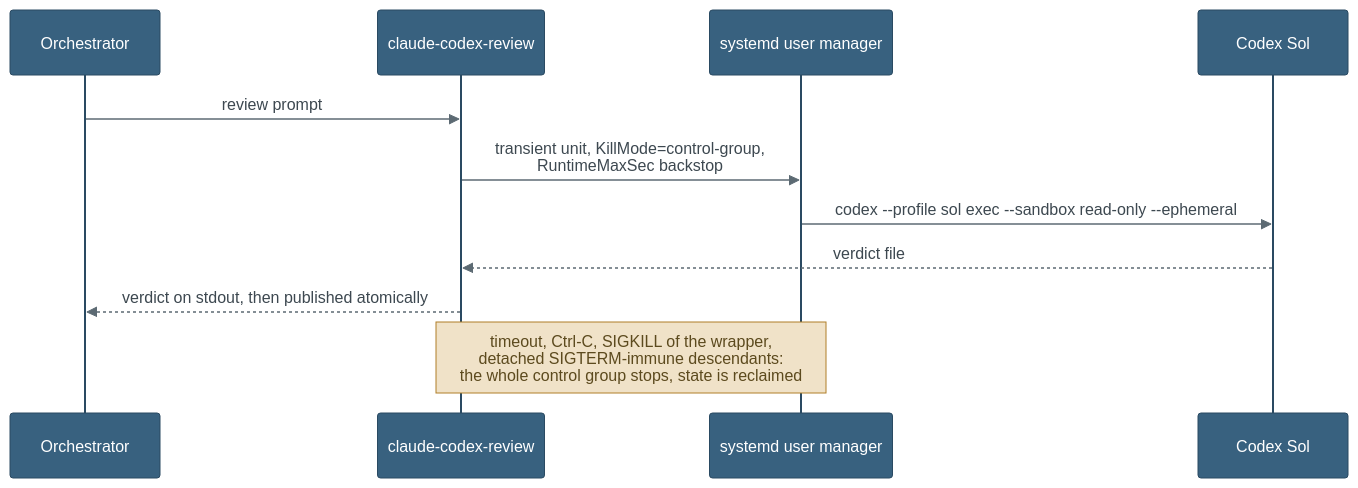
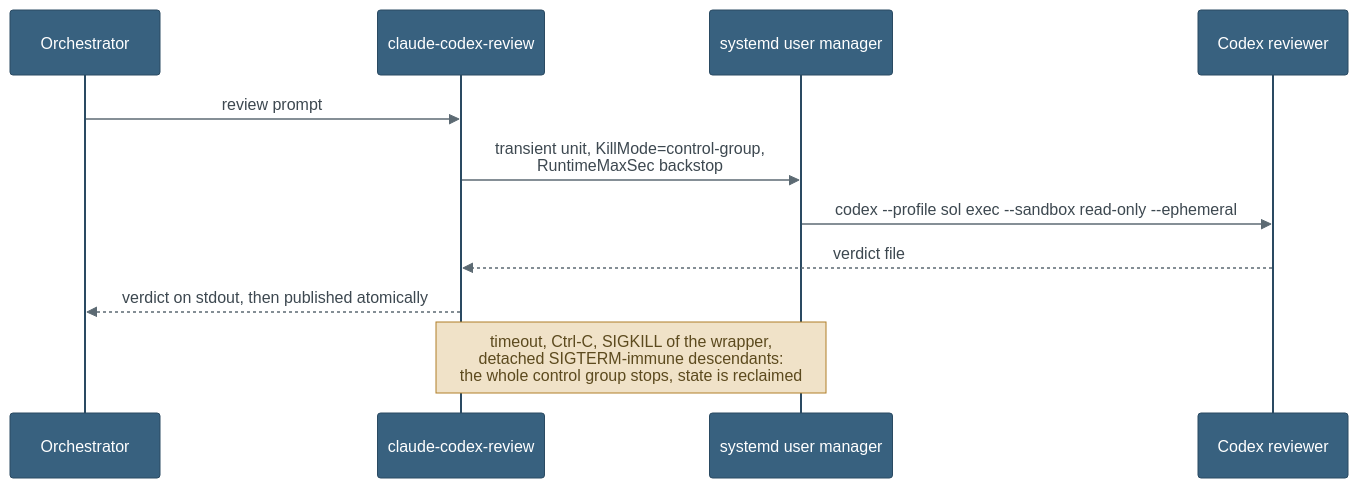
One commit to nikfilippas/orrery changed the second of 2 diagrams in README.md. Above: the diagram before and after it, drawn with Mermaid. The commit also changed other lines of this file and 14 other files, not shown here.

````diff
--- a/README.md
+++ b/README.md
@@ -126,20 +125,20 @@
 ```mermaid
 %%{init: {'theme': 'base', 'themeVariables': {
     'actorBkg': '#38617f', 'actorTextColor': '#ffffff',
     'actorBorder': '#2a4a62', 'signalColor': '#5c6a73',
     'signalTextColor': '#3d4850',
     'noteBkgColor': '#f0e2c8', 'noteTextColor': '#5c4a1e',
     'noteBorderColor': '#b07e28',
     'sequenceNumberColor': '#ffffff'}}}%%
 sequenceDiagram
     participant O as Orchestrator
     participant W as claude-codex-review
     participant M as systemd user manager
-    participant X as Codex Sol
+    participant X as Codex reviewer
     O->>W: review prompt
     W->>M: transient unit, KillMode=control-group,<br/>RuntimeMaxSec backstop
     M->>X: codex --profile sol exec --sandbox read-only --ephemeral
     X-->>W: verdict file
     W-->>O: verdict on stdout, then published atomically
     Note over W,M: timeout, Ctrl-C, SIGKILL of the wrapper,<br/>detached SIGTERM-immune descendants:<br/>the whole control group stops, state is reclaimed
 ```
````
